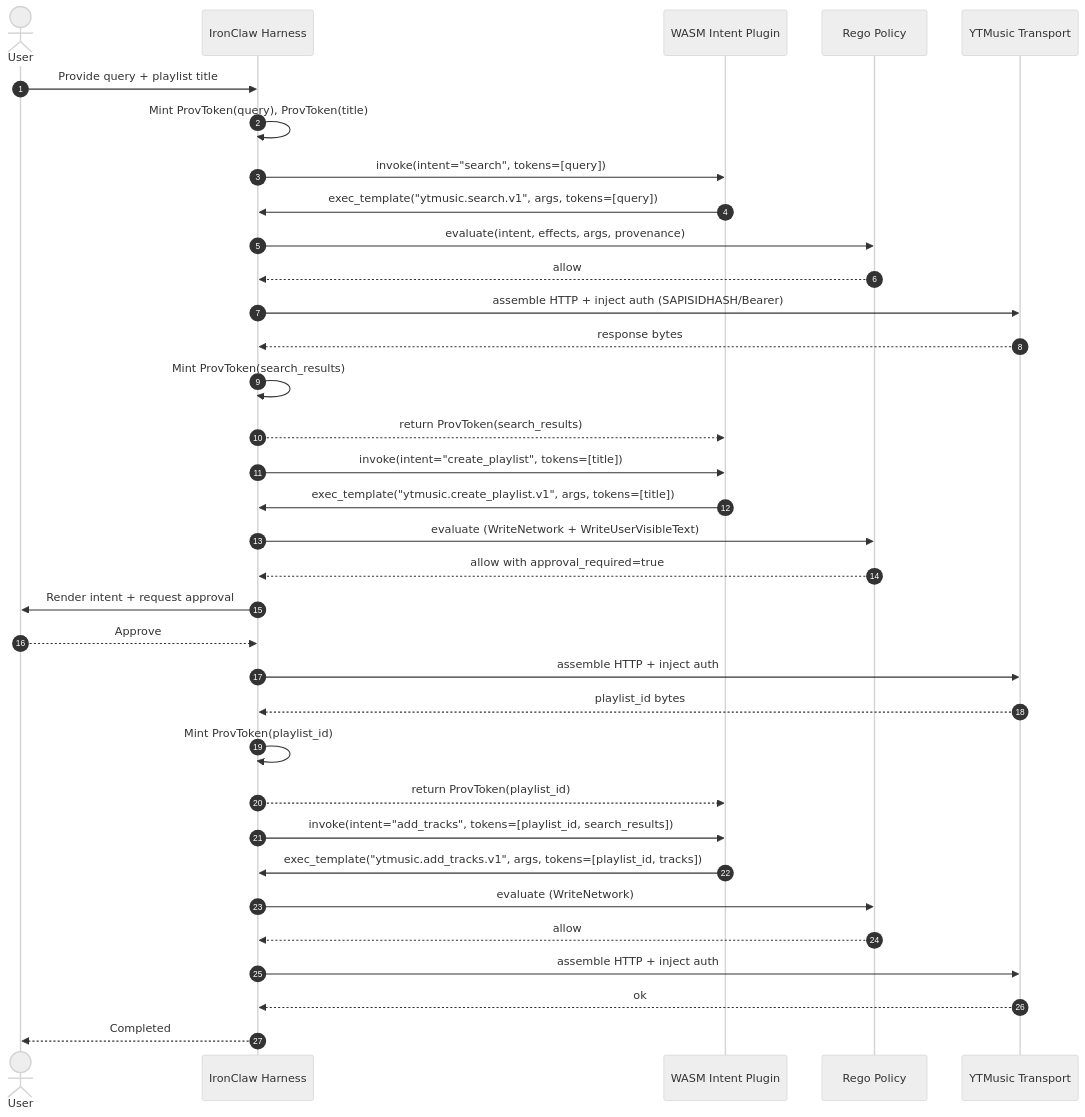
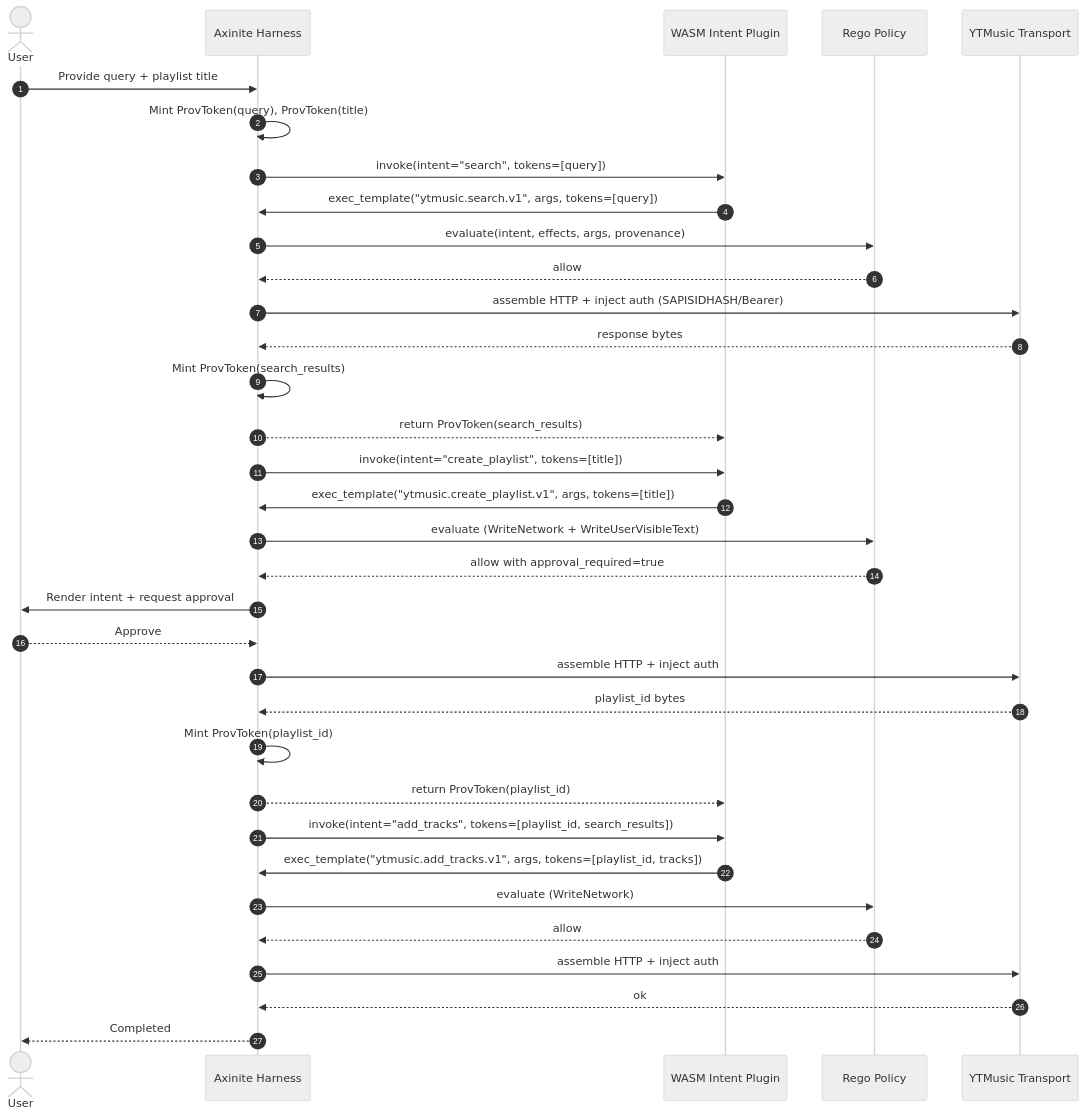
Before and after one commit to leynos/axinite: the second of 2 diagrams in docs/rfcs/0006-provenance-based-zero-knowledge-intent-plugins.md, drawn with Mermaid (neutral theme). The commit also changed other lines of this file and 507 other files, not shown here.

````diff
--- a/docs/rfcs/0006-provenance-based-zero-knowledge-intent-plugins.md
+++ b/docs/rfcs/0006-provenance-based-zero-knowledge-intent-plugins.md
@@ -623,39 +623,39 @@
 ```mermaid
 sequenceDiagram
   autonumber
   actor User
-  participant Host as IronClaw Harness
+  participant Host as Axinite Harness
   participant Plugin as WASM Intent Plugin
   participant Policy as Rego Policy
   participant YT as YTMusic Transport
 
   User->>Host: Provide query + playlist title
   Host->>Host: Mint ProvToken(query), ProvToken(title)
   Host->>Plugin: invoke(intent="search", tokens=[query])
   Plugin->>Host: exec_template("ytmusic.search.v1", args, tokens=[query])
   Host->>Policy: evaluate(intent, effects, args, provenance)
   Policy-->>Host: allow
   Host->>YT: assemble HTTP + inject auth (SAPISIDHASH/Bearer)
   YT-->>Host: response bytes
   Host->>Host: Mint ProvToken(search_results)
   Host-->>Plugin: return ProvToken(search_results)
 
   Host->>Plugin: invoke(intent="create_playlist", tokens=[title])
   Plugin->>Host: exec_template("ytmusic.create_playlist.v1", args, tokens=[title])
   Host->>Policy: evaluate (WriteNetwork + WriteUserVisibleText)
   Policy-->>Host: allow with approval_required=true
   Host->>User: Render intent + request approval
   User-->>Host: Approve
   Host->>YT: assemble HTTP + inject auth
   YT-->>Host: playlist_id bytes
   Host->>Host: Mint ProvToken(playlist_id)
   Host-->>Plugin: return ProvToken(playlist_id)
 
   Host->>Plugin: invoke(intent="add_tracks", tokens=[playlist_id, search_results])
   Plugin->>Host: exec_template("ytmusic.add_tracks.v1", args, tokens=[playlist_id, tracks])
   Host->>Policy: evaluate (WriteNetwork)
   Policy-->>Host: allow
   Host->>YT: assemble HTTP + inject auth
   YT-->>Host: ok
   Host-->>User: Completed
 ```
````
